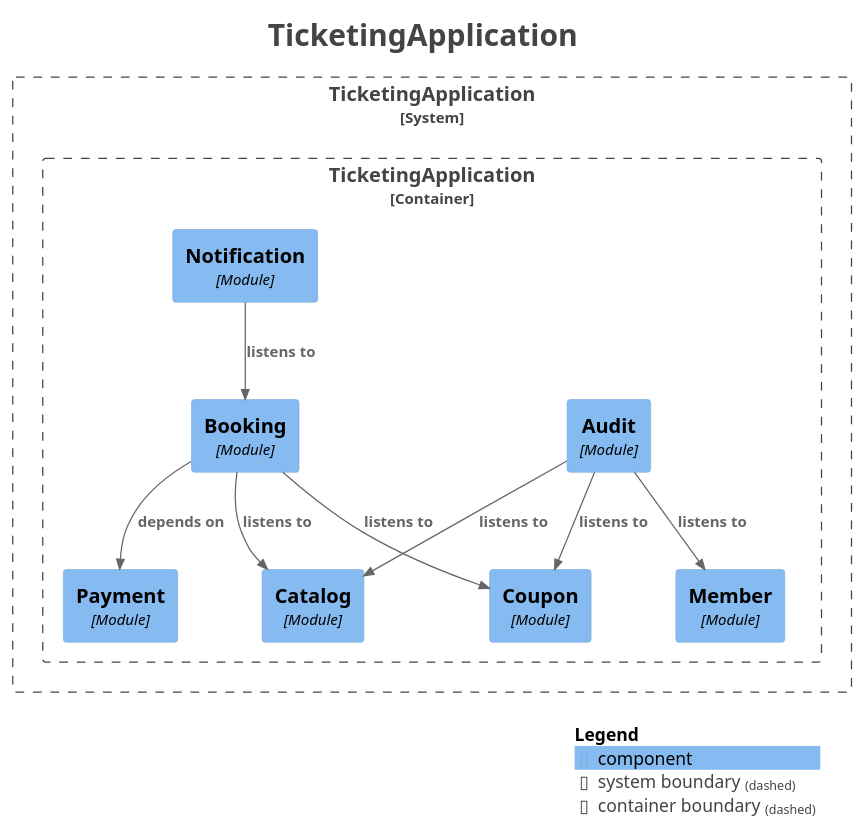
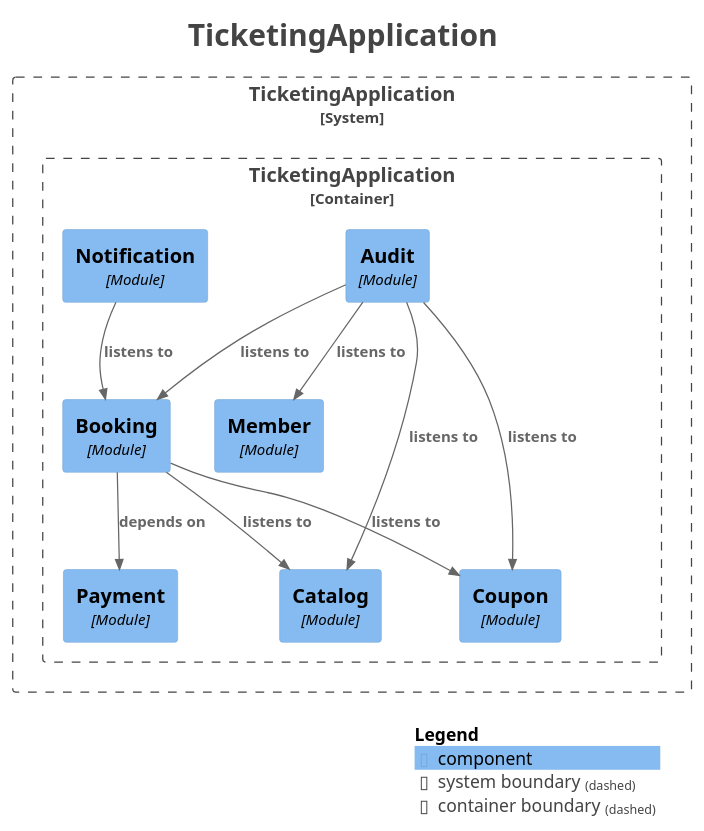
One commit to jkonury/ticketing changed the diagram in docs/modulith/components.puml. Above: the diagram before and after it, drawn with PlantUML. The commit also changed 11 other files, not shown here.

```diff
--- a/docs/modulith/components.puml
+++ b/docs/modulith/components.puml
@@ -1,41 +1,42 @@
 @startuml
 title <size:24>TicketingApplication</size>
 
 set separator none
 top to bottom direction
 
 <style>
   root {
     BackgroundColor: #ffffff
     FontColor: #444444
   }
 </style>
 
 !include <C4/C4>
 !include <C4/C4_Context>
 !include <C4/C4_Component>
 
 System_Boundary("TicketingApplication_boundary", "TicketingApplication", $tags="") {
   Container_Boundary("TicketingApplication.TicketingApplication_boundary", "TicketingApplication", $tags="") {
     Component(TicketingApplication.TicketingApplication.Catalog, "Catalog", $techn="Module", $descr="", $tags="", $link="")
     Component(TicketingApplication.TicketingApplication.Coupon, "Coupon", $techn="Module", $descr="", $tags="", $link="")
     Component(TicketingApplication.TicketingApplication.Member, "Member", $techn="Module", $descr="", $tags="", $link="")
     Component(TicketingApplication.TicketingApplication.Payment, "Payment", $techn="Module", $descr="", $tags="", $link="")
+    Component(TicketingApplication.TicketingApplication.Booking, "Booking", $techn="Module", $descr="", $tags="", $link="")
     Component(TicketingApplication.TicketingApplication.Audit, "Audit", $techn="Module", $descr="", $tags="", $link="")
-    Component(TicketingApplication.TicketingApplication.Booking, "Booking", $techn="Module", $descr="", $tags="", $link="")
     Component(TicketingApplication.TicketingApplication.Notification, "Notification", $techn="Module", $descr="", $tags="", $link="")
   }
 
 }
 
+Rel(TicketingApplication.TicketingApplication.Audit, TicketingApplication.TicketingApplication.Booking, "listens to", $techn="", $tags="", $link="")
+Rel(TicketingApplication.TicketingApplication.Audit, TicketingApplication.TicketingApplication.Coupon, "listens to", $techn="", $tags="", $link="")
+Rel(TicketingApplication.TicketingApplication.Audit, TicketingApplication.TicketingApplication.Member, "listens to", $techn="", $tags="", $link="")
+Rel(TicketingApplication.TicketingApplication.Audit, TicketingApplication.TicketingApplication.Catalog, "listens to", $techn="", $tags="", $link="")
 Rel(TicketingApplication.TicketingApplication.Notification, TicketingApplication.TicketingApplication.Booking, "listens to", $techn="", $tags="", $link="")
 Rel(TicketingApplication.TicketingApplication.Booking, TicketingApplication.TicketingApplication.Coupon, "listens to", $techn="", $tags="", $link="")
 Rel(TicketingApplication.TicketingApplication.Booking, TicketingApplication.TicketingApplication.Catalog, "listens to", $techn="", $tags="", $link="")
 Rel(TicketingApplication.TicketingApplication.Booking, TicketingApplication.TicketingApplication.Payment, "depends on", $techn="", $tags="", $link="")
-Rel(TicketingApplication.TicketingApplication.Audit, TicketingApplication.TicketingApplication.Coupon, "listens to", $techn="", $tags="", $link="")
-Rel(TicketingApplication.TicketingApplication.Audit, TicketingApplication.TicketingApplication.Member, "listens to", $techn="", $tags="", $link="")
-Rel(TicketingApplication.TicketingApplication.Audit, TicketingApplication.TicketingApplication.Catalog, "listens to", $techn="", $tags="", $link="")
 
 SHOW_LEGEND(true)
 hide stereotypes
 @enduml
```
